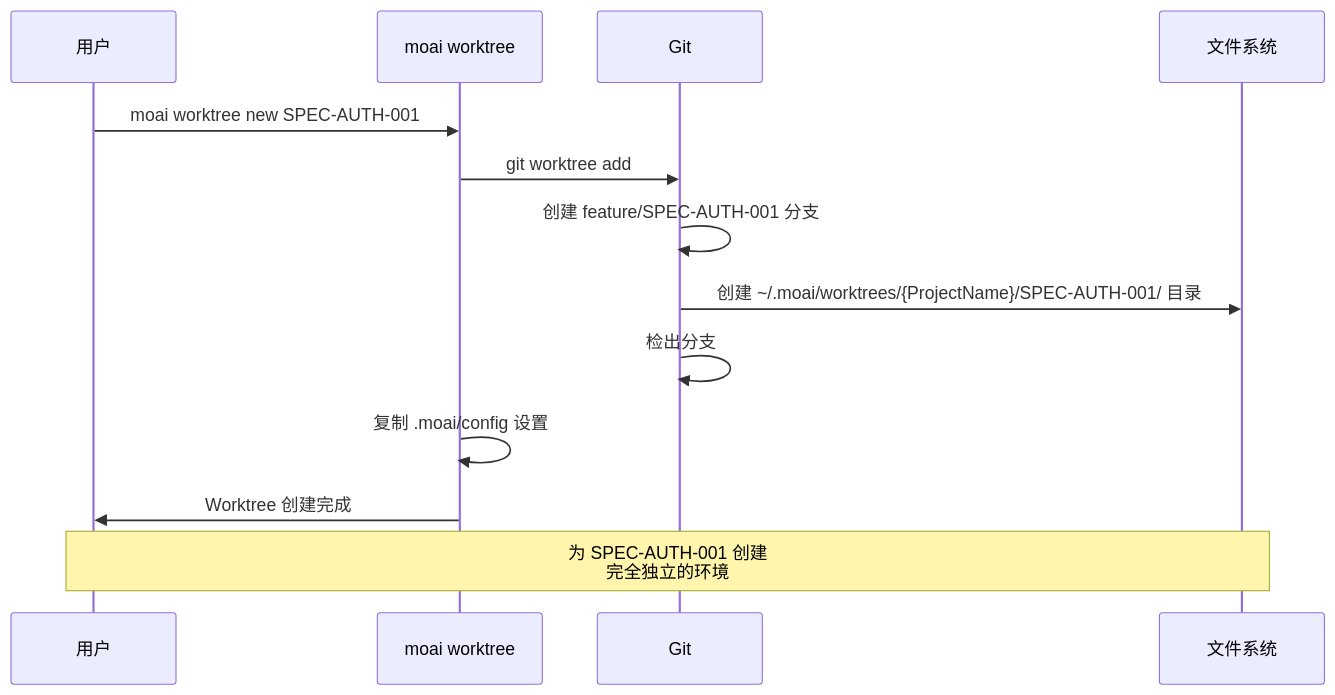
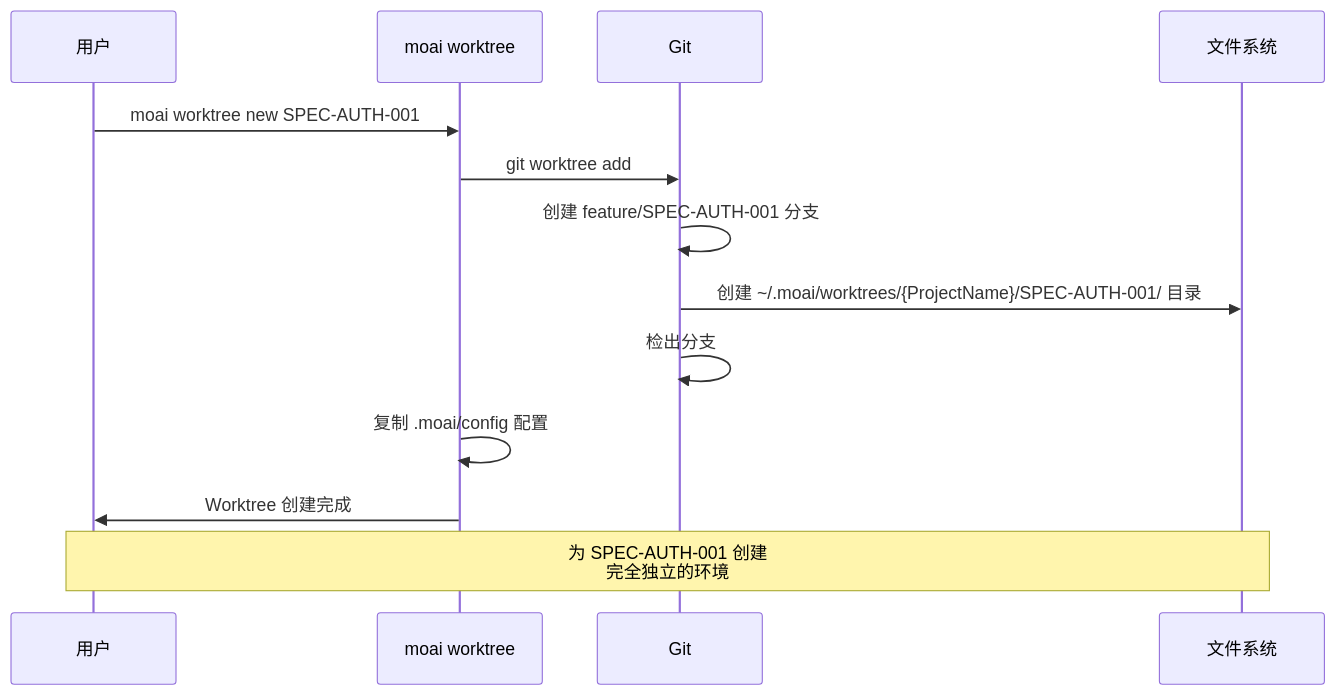
Before and after one commit to modu-ai/moai-adk: the second of 10 diagrams in docs-site/content/zh/worktree/guide.md, drawn with Mermaid. The commit also changed other lines of this file and 395 other files, not shown here.

````diff
--- a/docs-site/content/zh/worktree/guide.md
+++ b/docs-site/content/zh/worktree/guide.md
@@ -89,17 +94,17 @@
 ```mermaid
 sequenceDiagram
     participant User as 用户
     participant CLI as moai worktree
     participant Git as Git
     participant FS as 文件系统
 
     User->>CLI: moai worktree new SPEC-AUTH-001
     CLI->>Git: git worktree add
     Git->>Git: 创建 feature/SPEC-AUTH-001 分支
     Git->>FS: 创建 ~/.moai/worktrees/{ProjectName}/SPEC-AUTH-001/ 目录
     Git->>Git: 检出分支
-    CLI->>CLI: 复制 .moai/config 设置
+    CLI->>CLI: 复制 .moai/config 配置
     CLI->>User: Worktree 创建完成
 
     Note over User,FS: 为 SPEC-AUTH-001 创建<br/>完全独立的环境
 ```
````
